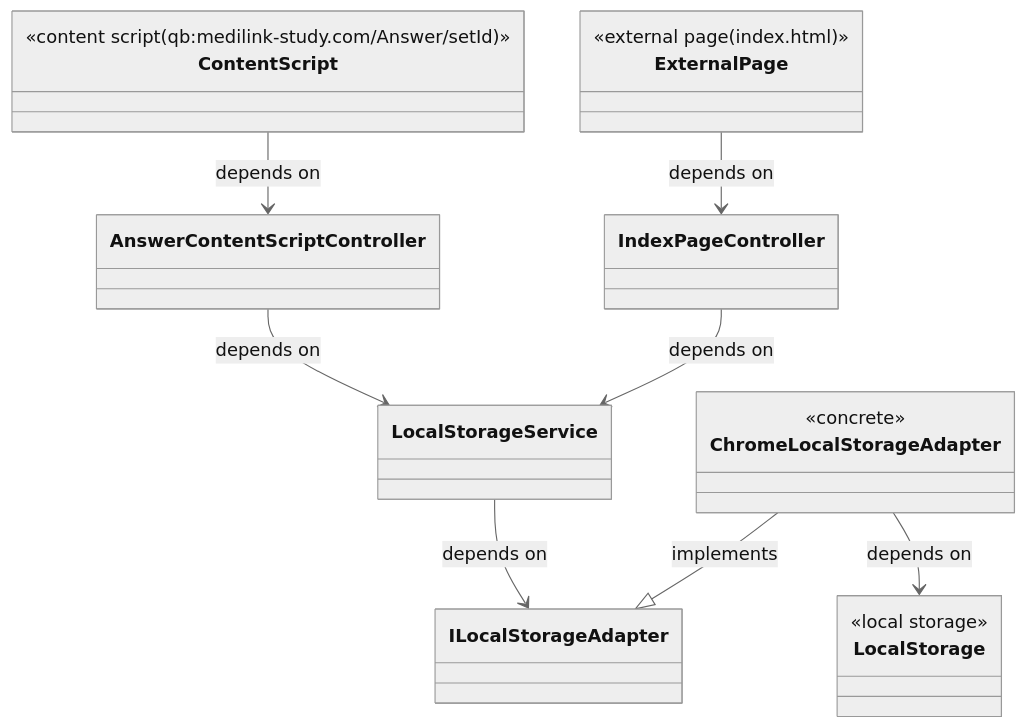
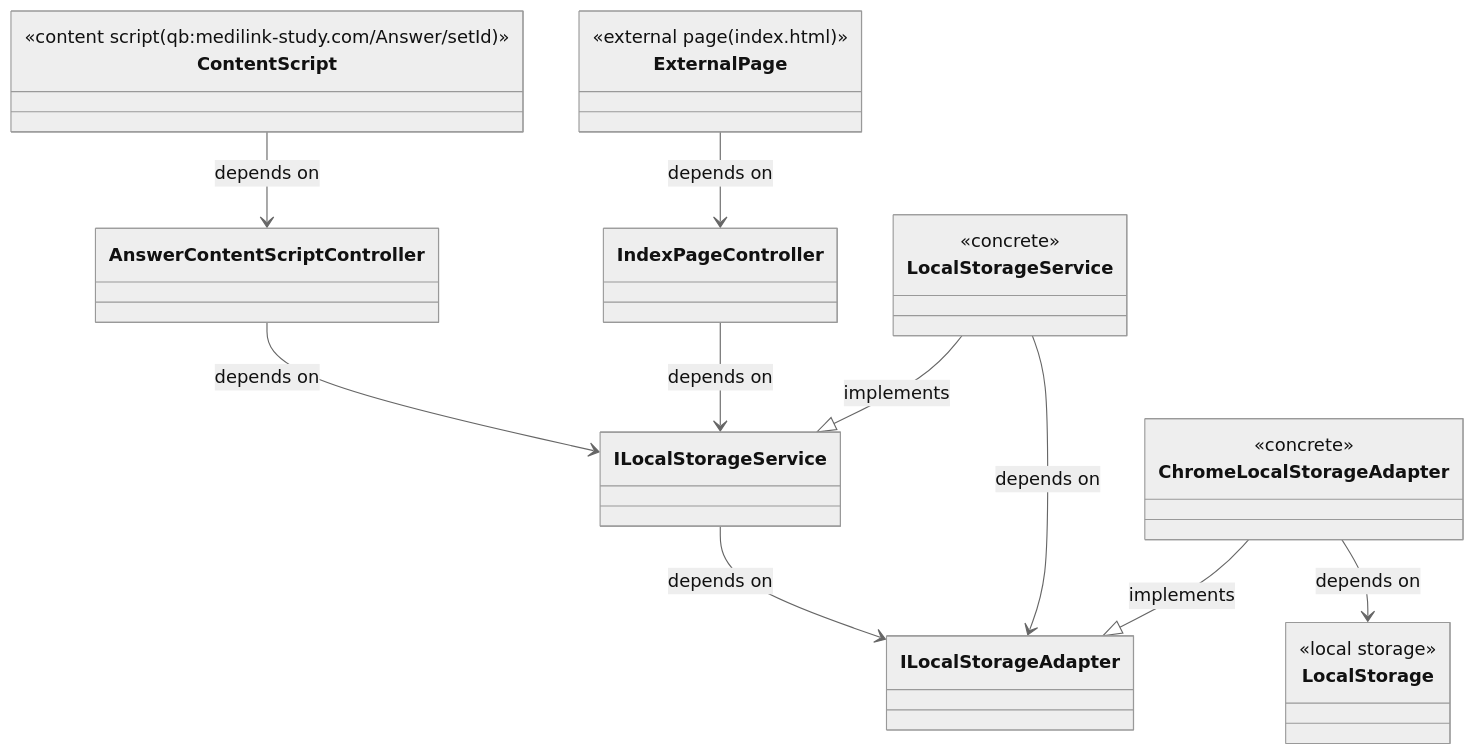
The second of 2 diagrams in 草案.md (ano333333/qb-extension), drawn with Mermaid (neutral theme) before and after one commit. The commit also changed 8 other files, not shown here.

Commit message:
feat: entity/LocalStorageServiceに対する型付け

````diff
--- a/草案.md
+++ b/草案.md
@@ -82,30 +82,35 @@
 ```mermaid
 classDiagram
     %% Classes
     class ContentScript {
         <<content script(qb:medilink-study.com/Answer/setId)>>
     }
     class AnswerContentScriptController
     class IndexPageController
     class ExternalPage {
         <<external page(index.html)>>
     }
-    class LocalStorageService
+    class ILocalStorageService
+    class LocalStorageService {
+        <<concrete>>
+    }
     class ILocalStorageAdapter
     class ChromeLocalStorageAdapter {
         <<concrete>>
     }
     class LocalStorage {
         <<local storage>>
     }
 
     %% Relationships
     ContentScript --> AnswerContentScriptController : depends on
     ExternalPage --> IndexPageController : depends on
-    AnswerContentScriptController --> LocalStorageService : depends on
-    IndexPageController --> LocalStorageService : depends on
+    AnswerContentScriptController --> ILocalStorageService : depends on
+    IndexPageController --> ILocalStorageService : depends on
+    ILocalStorageService --> ILocalStorageAdapter : depends on
+    LocalStorageService --|> ILocalStorageService : implements
     LocalStorageService --> ILocalStorageAdapter : depends on
     ChromeLocalStorageAdapter --|> ILocalStorageAdapter : implements
     ChromeLocalStorageAdapter --> LocalStorage : depends on
 
 ```
````
